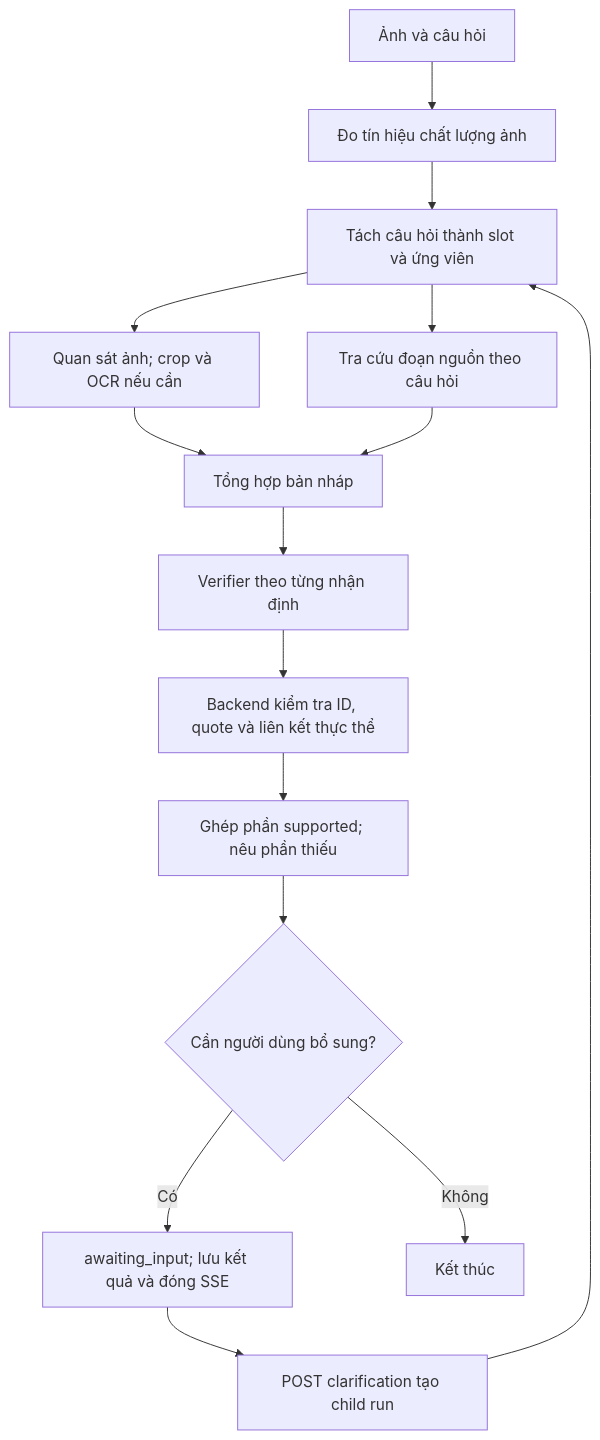
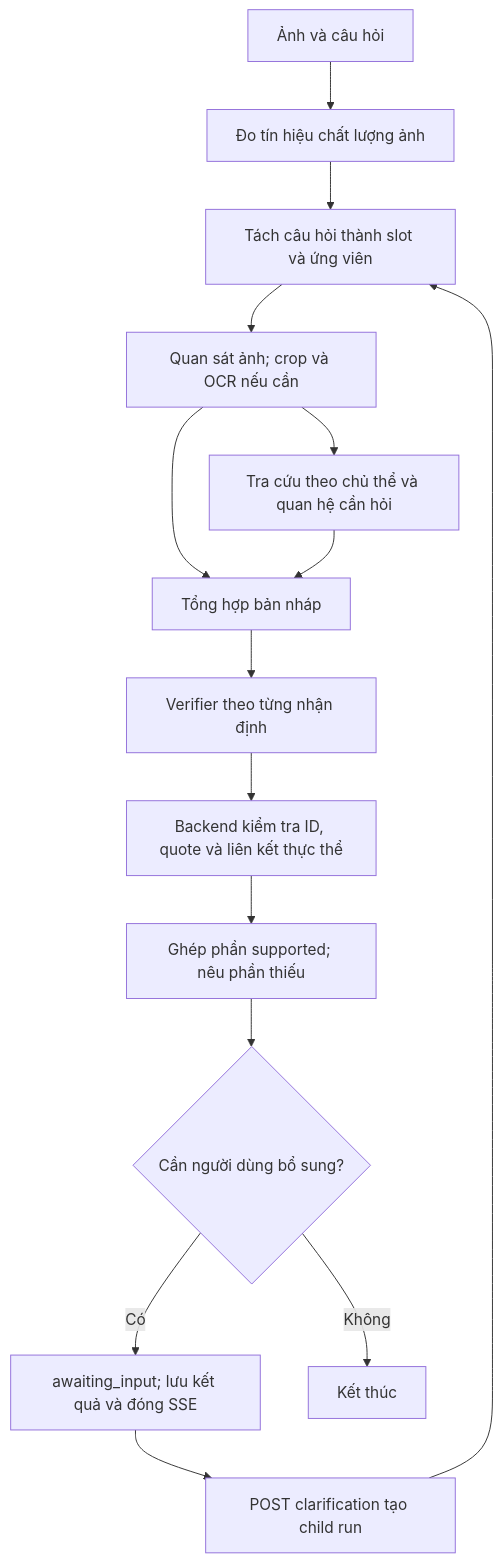
One commit to namvudt/doan_demo changed the diagram in docs/accuracy-profile.md. Above: the diagram before and after it, drawn with Mermaid. The commit also changed other lines of this file and 81 other files, not shown here.

First line of the commit message:
feat: harden VQA evidence flow and add paced benchmark evaluation

````diff
--- a/docs/accuracy-profile.md
+++ b/docs/accuracy-profile.md
@@ -85,17 +88,17 @@
 ```mermaid
 flowchart TD
     A[Ảnh và câu hỏi] --> Q[Đo tín hiệu chất lượng ảnh]
     Q --> P[Tách câu hỏi thành slot và ứng viên]
     P --> V[Quan sát ảnh; crop và OCR nếu cần]
-    P --> R[Tra cứu đoạn nguồn theo câu hỏi]
+    V --> R[Tra cứu theo chủ thể và quan hệ cần hỏi]
     V --> D[Tổng hợp bản nháp]
     R --> D
     D --> C[Verifier theo từng nhận định]
     C --> G[Backend kiểm tra ID, quote và liên kết thực thể]
     G --> F[Ghép phần supported; nêu phần thiếu]
     F --> H{Cần người dùng bổ sung?}
     H -->|Có| W[awaiting_input; lưu kết quả và đóng SSE]
     W --> N[POST clarification tạo child run]
     N --> P
     H -->|Không| E[Kết thúc]
 ```
````
